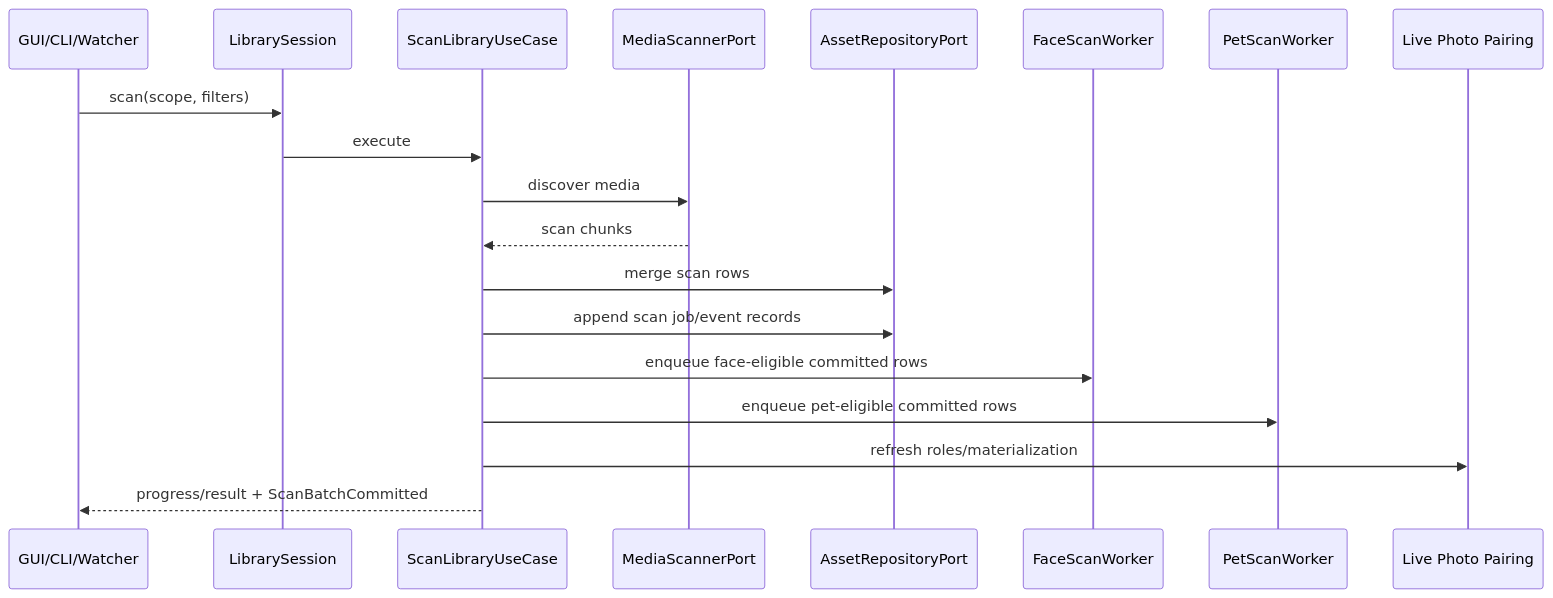
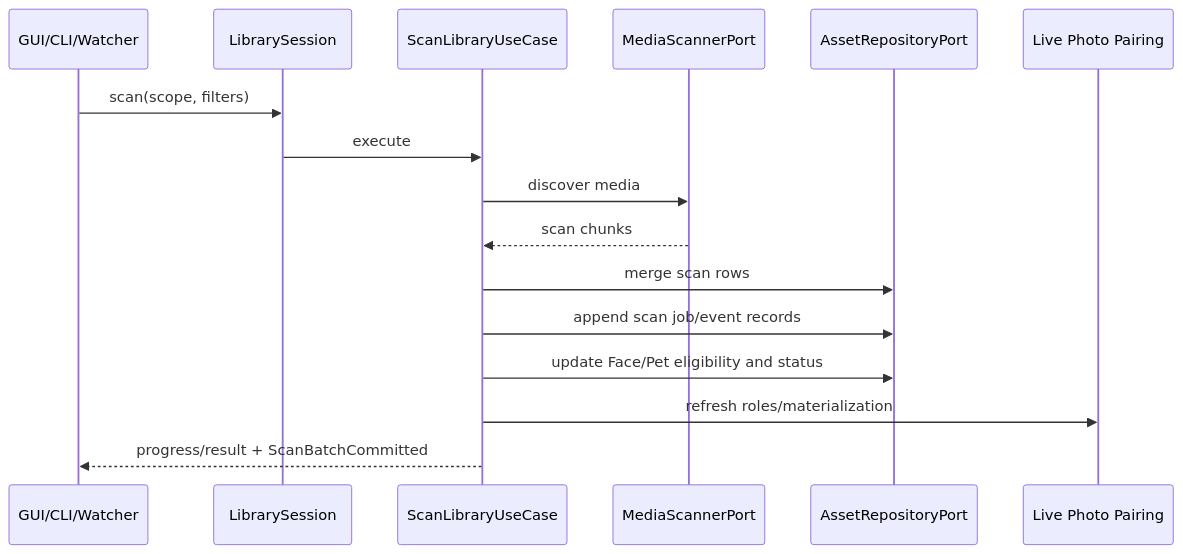
Before and after one commit to OliverZhaohaibin/iPhotron-LocalPhotoAlbumManager: the fifth of 7 diagrams in docs/architecture.md, drawn with Mermaid. The commit also changed other lines of this file and 22 other files, not shown here.

````diff
--- a/docs/architecture.md
+++ b/docs/architecture.md
@@ -539,22 +541,19 @@
 ```mermaid
 sequenceDiagram
     participant Trigger as GUI/CLI/Watcher
     participant Session as LibrarySession
     participant Scan as ScanLibraryUseCase
     participant Scanner as MediaScannerPort
     participant Repo as AssetRepositoryPort
-    participant Faces as FaceScanWorker
-    participant Pets as PetScanWorker
     participant Pairing as Live Photo Pairing
 
     Trigger->>Session: scan(scope, filters)
     Session->>Scan: execute
     Scan->>Scanner: discover media
     Scanner-->>Scan: scan chunks
     Scan->>Repo: merge scan rows
     Scan->>Repo: append scan job/event records
-    Scan->>Faces: enqueue face-eligible committed rows
-    Scan->>Pets: enqueue pet-eligible committed rows
+    Scan->>Repo: update Face/Pet eligibility and status
     Scan->>Pairing: refresh roles/materialization
     Scan-->>Trigger: progress/result + ScanBatchCommitted
 ```
````
